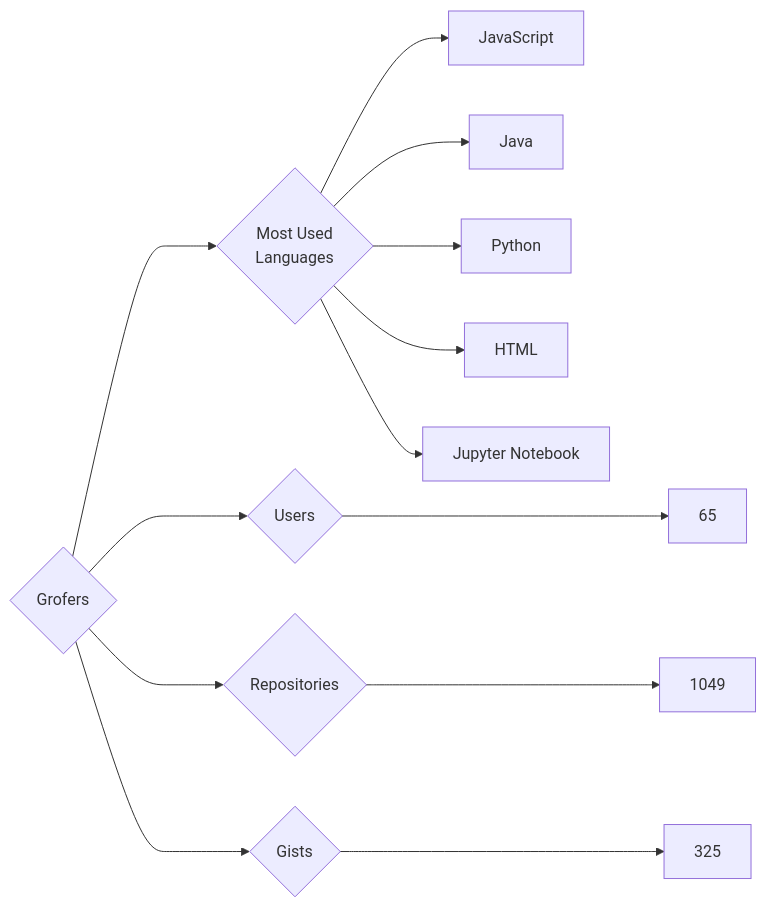
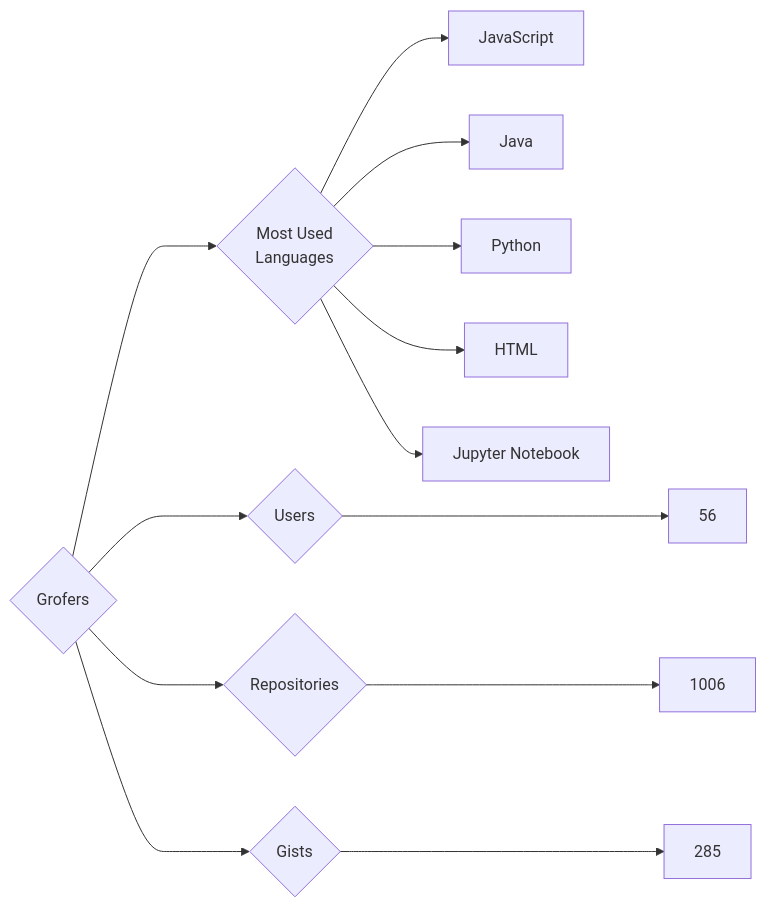
The diagram in targets/Grofers/README.md (trickest/insiders), drawn with Mermaid before and after one commit. The commit also changed 629 other files, not shown here.

````diff
--- a/targets/Grofers/README.md
+++ b/targets/Grofers/README.md
@@ -3,13 +3,13 @@
 ```mermaid
 graph LR
 COMPANY_NAME{Grofers}
-COMPANY_NAME ---> U{Users} ---> UN[65]
-COMPANY_NAME ---> R{Repositories} ---> RN[1049]
-COMPANY_NAME ---> G{Gists} ---> GN[325]
+COMPANY_NAME ---> U{Users} ---> UN[56]
+COMPANY_NAME ---> R{Repositories} ---> RN[1006]
+COMPANY_NAME ---> G{Gists} ---> GN[285]
 COMPANY_NAME ---> ML{Most Used<br>Languages}
 ML --> JavaScript[JavaScript]
 ML --> Java[Java]
 ML --> Python[Python]
 ML --> HTML[HTML]
 ML --> Jupyter_Notebook[Jupyter Notebook]
 ```
````
